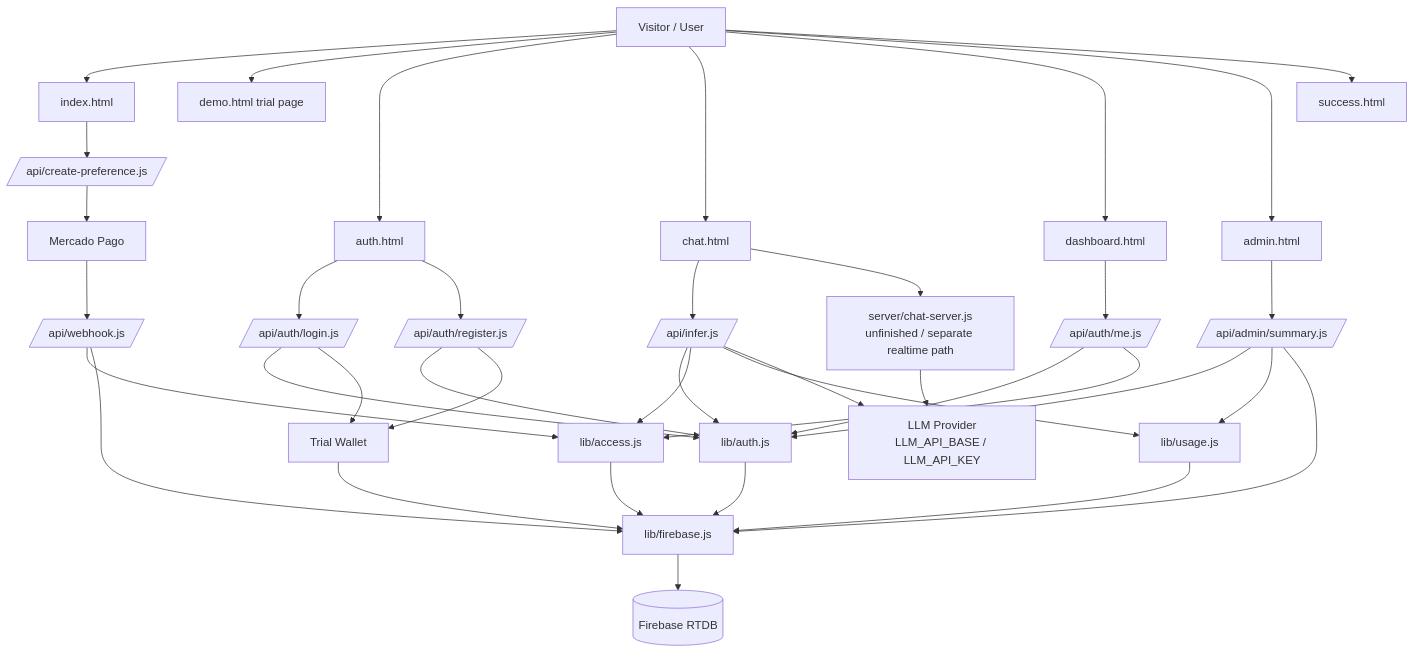
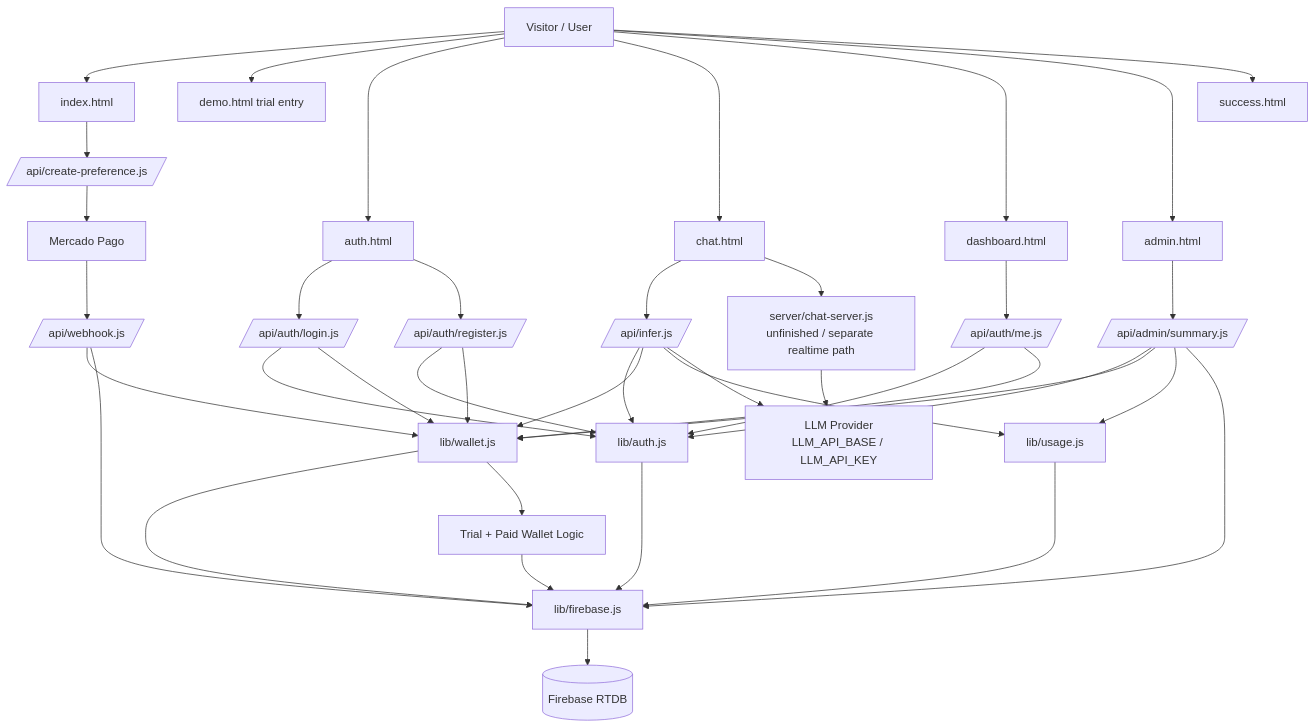
Before and after one commit to miguelemosreverte/palindrome-exercise: the diagram in architecture.mmd, drawn with Mermaid. The commit also changed 20 other files, not shown here.

```diff
--- a/architecture.mmd
+++ b/architecture.mmd
@@ -1,48 +1,50 @@
 flowchart TD
     U[Visitor / User] --> I[index.html]
-    U --> T[demo.html trial page]
+    U --> T[demo.html trial entry]
     U --> A[auth.html]
     U --> C[chat.html]
     U --> DB[dashboard.html]
     U --> AD[admin.html]
     U --> S[success.html]
 
     I --> MPAPI[/api/create-preference.js/]
     MPAPI --> MP[Mercado Pago]
     MP --> W[/api/webhook.js/]
 
     A --> LOGIN[/api/auth/login.js/]
     A --> REG[/api/auth/register.js/]
     DB --> ME[/api/auth/me.js/]
     AD --> ADMIN[/api/admin/summary.js/]
 
     C --> INF[/api/infer.js/]
 
     LOGIN --> AUTH[lib/auth.js]
     REG --> AUTH
     ME --> AUTH
     ADMIN --> AUTH
     INF --> AUTH
 
-    INF --> ACCESS[lib/access.js]
-    ME --> ACCESS
-    W --> ACCESS
+    LOGIN --> WALLET[lib/wallet.js]
+    REG --> WALLET
+    INF --> WALLET
+    ME --> WALLET
+    W --> WALLET
+    ADMIN --> WALLET
 
     INF --> USAGE[lib/usage.js]
     ADMIN --> USAGE
 
     W --> FB[lib/firebase.js]
-    ACCESS --> FB
+    WALLET --> FB
     AUTH --> FB
     USAGE --> FB
     ADMIN --> FB
 
-    REG --> TW[Trial Wallet]
-    LOGIN --> TW
+    WALLET --> TW[Trial + Paid Wallet Logic]
     TW --> FB
 
     INF --> LLM[LLM Provider\nLLM_API_BASE / LLM_API_KEY]
     C --> WS[server/chat-server.js\nunfinished / separate realtime path]
     WS --> LLM
 
     FB --> RTDB[(Firebase RTDB)]
```
